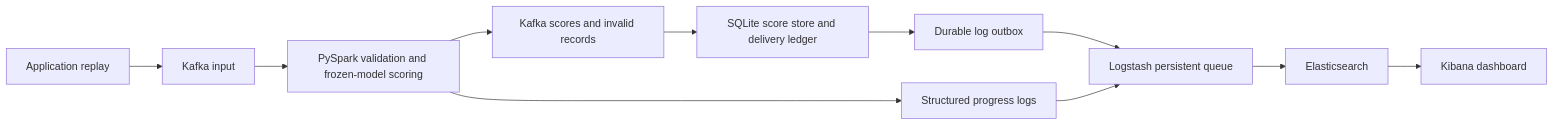
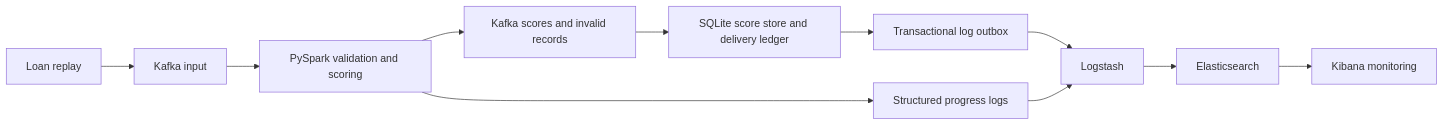
One commit to Codezy93/Credit-Risk-and-Failure-Modeling-Platform changed the diagram in README.md. Above: the diagram before and after it, drawn with Mermaid. The commit also changed other lines of this file and 20 other files, not shown here.

````diff
--- a/README.md
+++ b/README.md
@@ -642,13 +182,13 @@
 ```mermaid
 flowchart LR
-    A[Application replay] --> B[Kafka input]
-    B --> C[PySpark validation and frozen-model scoring]
+    A[Loan replay] --> B[Kafka input]
+    B --> C[PySpark validation and scoring]
     C --> D[Kafka scores and invalid records]
     D --> E[SQLite score store and delivery ledger]
-    E --> F[Durable log outbox]
+    E --> F[Transactional log outbox]
     C --> G[Structured progress logs]
-    F --> H[Logstash persistent queue]
+    F --> H[Logstash]
     G --> H
     H --> I[Elasticsearch]
-    I --> J[Kibana dashboard]
+    I --> J[Kibana monitoring]
 ```
````
